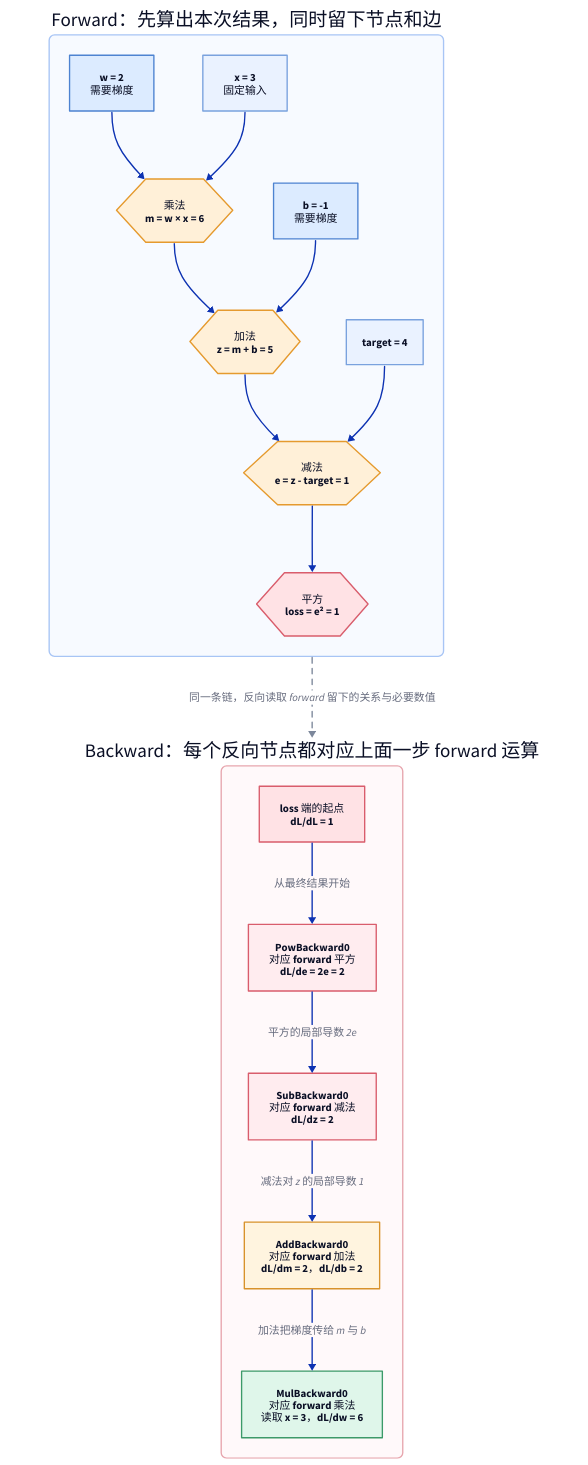
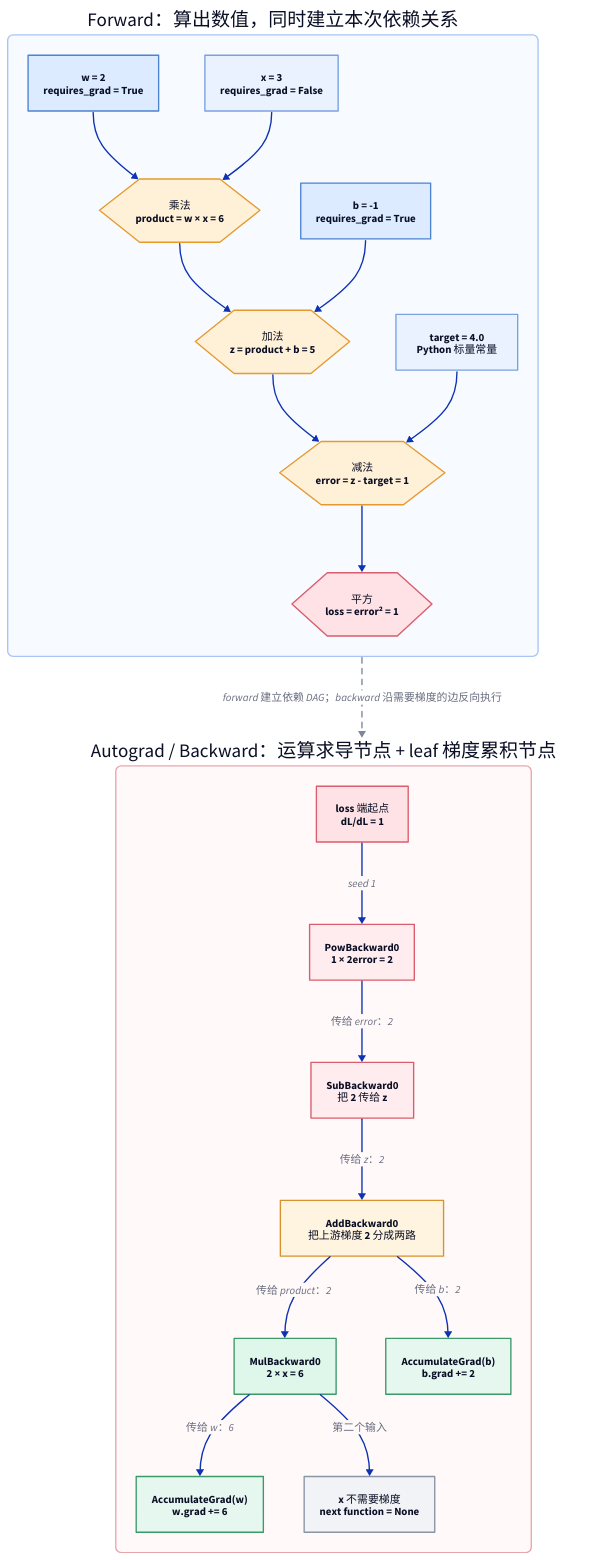
Before and after one commit to FxorG00/system-learning-notes: the diagram in ai_theory/T11/images/computation_graph.d2, drawn with D2. The commit also changed 6 other files, not shown here.

Commit message:
docs: rebuild T11 autograd teaching flow

```diff
--- a/ai_theory/T11/images/computation_graph.d2
+++ b/ai_theory/T11/images/computation_graph.d2
@@ -1,93 +1,108 @@
 direction: down
 
 forward: {
-  label: "Forward：先算出本次结果，同时留下节点和边"
+  label: "Forward：算出数值，同时建立本次依赖关系"
   direction: right
   style.fill: "#F7FAFF"
   style.stroke: "#A8C5F5"
   style.border-radius: 8
 
-  w: "w = 2\n需要梯度" {
+  w: "w = 2\nrequires_grad = True" {
     style.fill: "#DCEBFF"
     style.stroke: "#4D83D1"
   }
-  x: "x = 3\n固定输入" {
+  x: "x = 3\nrequires_grad = False" {
     style.fill: "#EAF2FF"
     style.stroke: "#7AA2DE"
   }
-  mul: "乘法\nm = w × x = 6" {
+  mul: "乘法\nproduct = w × x = 6" {
     shape: hexagon
     style.fill: "#FFF0D8"
     style.stroke: "#E59A2E"
   }
-  b: "b = -1\n需要梯度" {
+  b: "b = -1\nrequires_grad = True" {
     style.fill: "#DCEBFF"
     style.stroke: "#4D83D1"
   }
-  add: "加法\nz = m + b = 5" {
+  add: "加法\nz = product + b = 5" {
     shape: hexagon
     style.fill: "#FFF0D8"
     style.stroke: "#E59A2E"
   }
-  target: "target = 4" {
+  target: "target = 4.0\nPython 标量常量" {
     style.fill: "#EAF2FF"
     style.stroke: "#7AA2DE"
   }
-  sub: "减法\ne = z - target = 1" {
+  sub: "减法\nerror = z - target = 1" {
     shape: hexagon
     style.fill: "#FFF0D8"
     style.stroke: "#E59A2E"
   }
-  square: "平方\nloss = e² = 1" {
+  square: "平方\nloss = error² = 1" {
     shape: hexagon
     style.fill: "#FFE2E5"
     style.stroke: "#D95D6C"
   }
 
   w -> mul
   x -> mul
   mul -> add
   b -> add
   add -> sub
   target -> sub
   sub -> square
 }
 
 backward: {
-  label: "Backward：每个反向节点都对应上面一步 forward 运算"
+  label: "Autograd / Backward：运算求导节点 + leaf 梯度累积节点"
   direction: down
   style.fill: "#FFF9FA"
   style.stroke: "#E7A6AE"
   style.border-radius: 8
 
-  loss_seed: "loss 端的起点\ndL/dL = 1" {
+  loss_seed: "loss 端起点\ndL/dL = 1" {
     style.fill: "#FFE2E5"
     style.stroke: "#D95D6C"
   }
-  pow: "PowBackward0\n对应 forward 平方\ndL/de = 2e = 2" {
+  pow: "PowBackward0\n1 × 2error = 2" {
     style.fill: "#FFECEF"
     style.stroke: "#D95D6C"
   }
-  sub: "SubBackward0\n对应 forward 减法\ndL/dz = 2" {
+  sub: "SubBackward0\n把 2 传给 z" {
     style.fill: "#FFECEF"
     style.stroke: "#D95D6C"
   }
-  add: "AddBackward0\n对应 forward 加法\ndL/dm = 2，dL/db = 2" {
+  add: "AddBackward0\n把上游梯度 2 分成两路" {
     style.fill: "#FFF4DF"
     style.stroke: "#D8922B"
   }
-  mul: "MulBackward0\n对应 forward 乘法\n读取 x = 3，dL/dw = 6" {
+  mul: "MulBackward0\n2 × x = 6" {
     style.fill: "#DFF6EA"
     style.stroke: "#3C9A69"
   }
+  b_acc: "AccumulateGrad(b)\nb.grad += 2" {
+    style.fill: "#E6F7EF"
+    style.stroke: "#3C9A69"
+  }
+  w_acc: "AccumulateGrad(w)\nw.grad += 6" {
+    style.fill: "#E6F7EF"
+    style.stroke: "#3C9A69"
+  }
+  x_none: "x 不需要梯度\nnext function = None" {
+    style.fill: "#F1F3F6"
+    style.stroke: "#8A94A5"
+  }
 
-  loss_seed -> pow: "从最终结果开始"
-  pow -> sub: "平方的局部导数 2e"
-  sub -> add: "减法对 z 的局部导数 1"
-  add -> mul: "加法把梯度传给 m 与 b"
+  loss_seed -> pow: "seed 1"
+  pow -> sub: "传给 error：2"
+  sub -> add: "传给 z：2"
+  add -> mul: "传给 product：2"
+  add -> b_acc: "传给 b：2"
+  mul -> w_acc: "传给 w：6"
+  mul -> x_none: "第二个输入"
 }
 
-forward -> backward: "同一条链，反向读取 forward 留下的关系与必要数值" {
+forward -> backward: "forward 建立依赖 DAG；backward 沿需要梯度的边反向执行" {
   style.stroke: "#7C879B"
   style.stroke-dash: 4
 }
```
